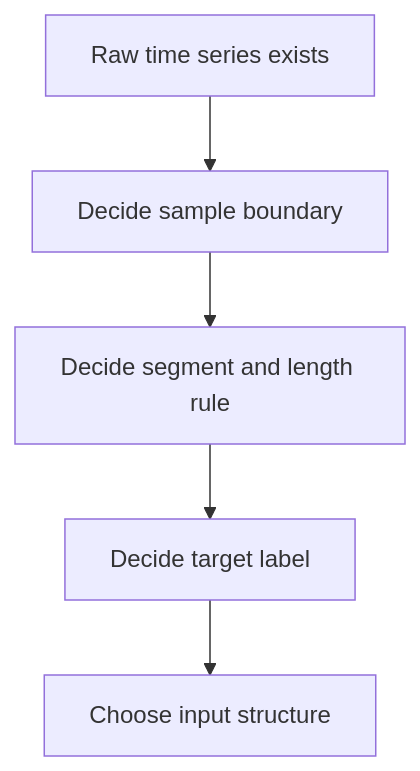
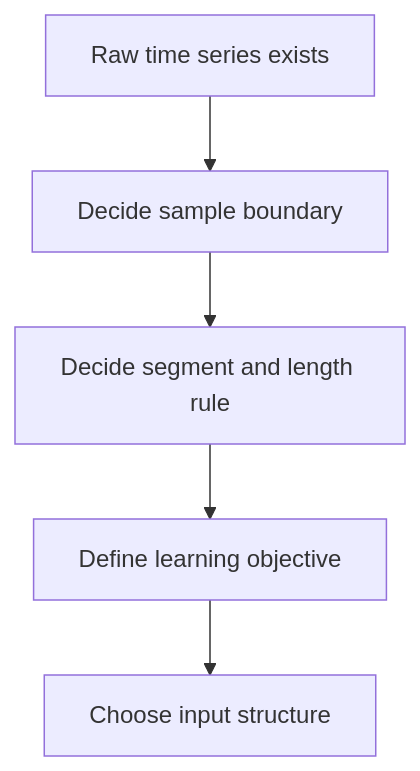
The diagram in docs/assets/part-03/chapter-05/p3-5-3-mermaid-01-en.mmd (devchan64/AiBook), drawn with Mermaid before and after one commit. The commit also changed 166 other files, not shown here.

````diff
--- a/docs/assets/part-03/chapter-05/p3-5-3-mermaid-01-en.mmd
+++ b/docs/assets/part-03/chapter-05/p3-5-3-mermaid-01-en.mmd
@@ -1,10 +1,10 @@
 ```mermaid
 flowchart TD
     R[Raw time series exists]
     S[Decide sample boundary]
     G[Decide segment and length rule]
-    L[Decide target label]
+    L[Define learning objective]
     I[Choose input structure]
 
     R --> S --> G --> L --> I
 ```
````
